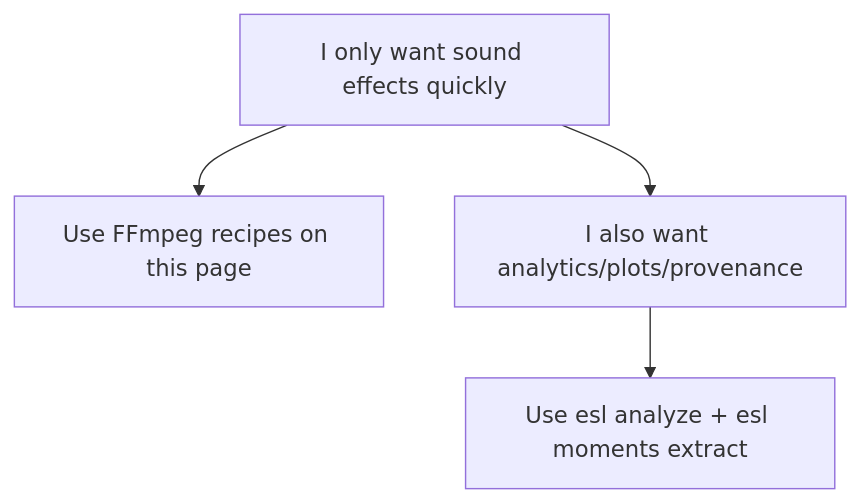
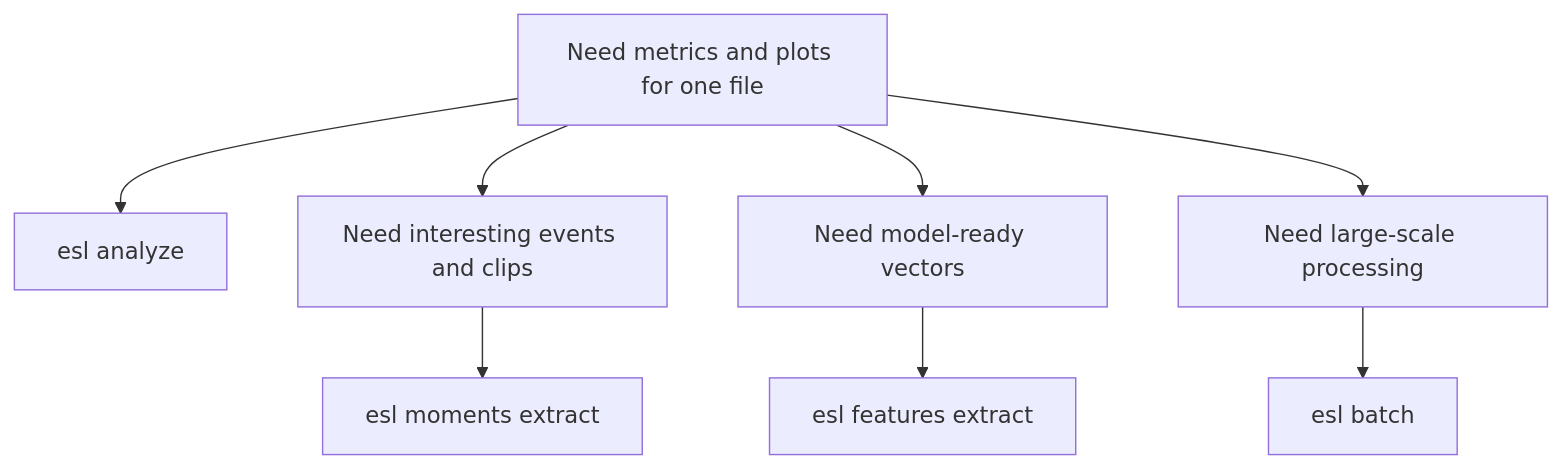
Before and after one commit to TheColby/ecoSignalLab: the diagram in docs/TASK_RECIPES.md, drawn with Mermaid. The commit also changed other lines of this file and 8 other files, not shown here.

````diff
--- a/docs/TASK_RECIPES.md
+++ b/docs/TASK_RECIPES.md
@@ -109,6 +124,10 @@
 ```mermaid
 flowchart TD
-    A["I only want sound effects quickly"] --> B["Use FFmpeg recipes on this page"]
-    A --> C["I also want analytics/plots/provenance"]
-    C --> D["Use esl analyze + esl moments extract"]
+    A["Need metrics and plots for one file"] --> B["esl analyze"]
+    A --> C["Need interesting events and clips"]
+    C --> D["esl moments extract"]
+    A --> E["Need model-ready vectors"]
+    E --> F["esl features extract"]
+    A --> G["Need large-scale processing"]
+    G --> H["esl batch"]
 ```
````
